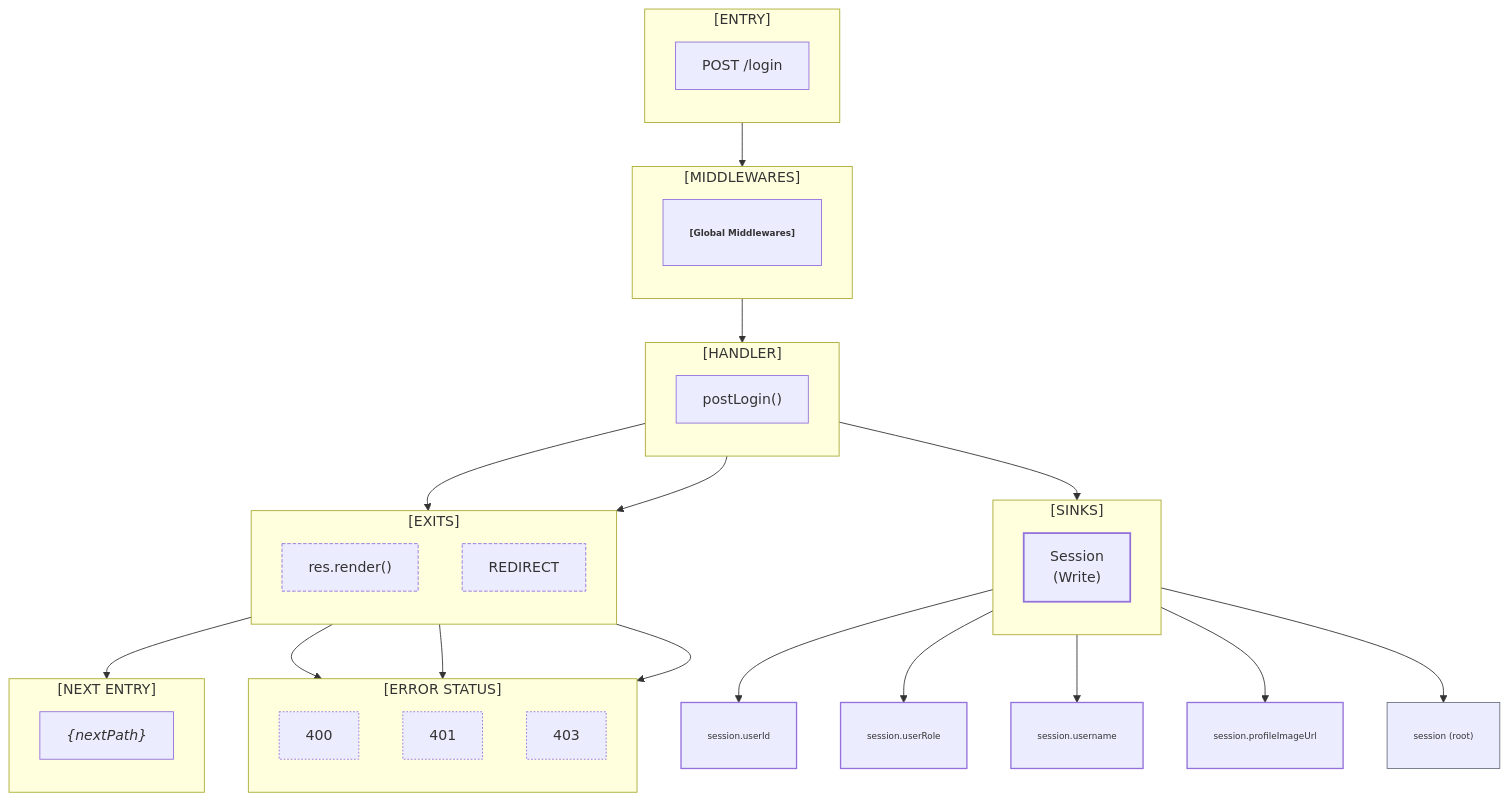
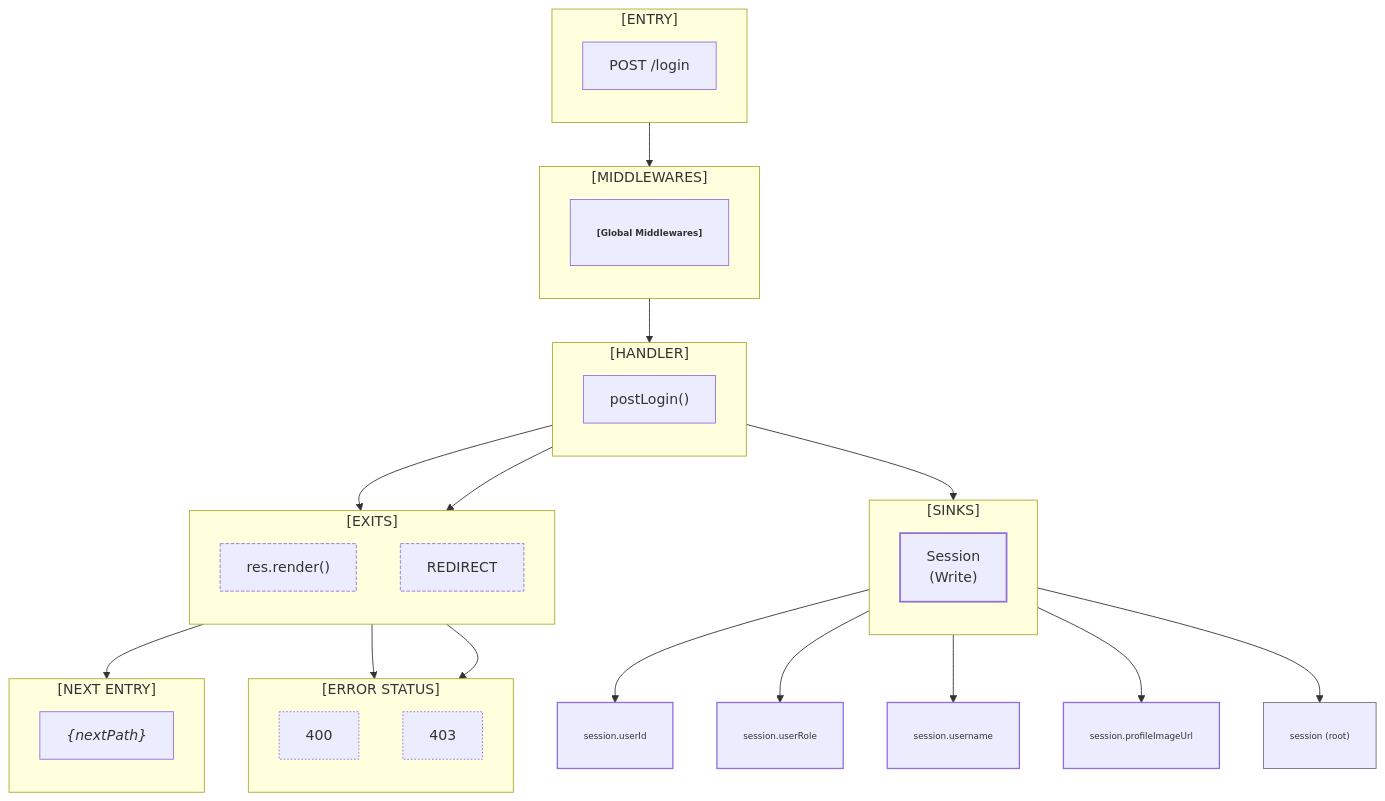
The diagram in docs/flowmap/flows/POST__login.mmd (irondenker/my-code-my-kill), drawn with Mermaid before and after one commit. The commit also changed 14 other files, not shown here.

```diff
--- a/docs/flowmap/flows/POST__login.mmd
+++ b/docs/flowmap/flows/POST__login.mmd
@@ -1,66 +1,64 @@
 flowchart TD
 subgraph ENTRY_BLOCK["[ENTRY]"]
 direction TB
 ENTRY["POST /login"]
 end
 subgraph MIDDLEWARES["[MIDDLEWARES]"]
 direction TB
 MIDDLEWARE1["<b>[Global Middlewares]</b>"]
 end
 ENTRY --> MIDDLEWARE1
 subgraph HANDLER_BLOCK["[HANDLER]"]
 direction TB
 HANDLER["postLogin()"]
 end
 MIDDLEWARE1 --> HANDLER
 subgraph ERROR_STATUS["[ERROR STATUS]"]
 direction TB
 RDIAG1["400"]
-RDIAG2["401"]
-RDIAG3["403"]
+RDIAG2["403"]
 end
 subgraph SINKS["[SINKS]"]
 direction TB
 SINK1["Session<br/>(Write)"]
 end
 HANDLER --> SINK1
 SINK_WRITE_KEY1["session.userId"]
 SINK_WRITE_KEY2["session.userRole"]
 SINK_WRITE_KEY3["session.username"]
 SINK_WRITE_KEY4["session.profileImageUrl"]
 SINK_WRITE_KEY5["session (root)"]
 SINK1 --> SINK_WRITE_KEY1
 SINK1 --> SINK_WRITE_KEY2
 SINK1 --> SINK_WRITE_KEY3
 SINK1 --> SINK_WRITE_KEY4
 SINK1 --> SINK_WRITE_KEY5
 subgraph EXITS["[EXITS]"]
 direction TB
 EXIT1["res.render()"]
 EXIT2["REDIRECT"]
 end
 HANDLER --> EXIT1
 HANDLER --> EXIT2
 EXIT1 --> RDIAG1
 EXIT1 --> RDIAG2
-EXIT1 --> RDIAG3
 subgraph NEXT_ENTRY["[NEXT ENTRY]"]
 direction TB
 NEXT_ENTRY1["<i>{nextPath}</i>"]
 end
 EXIT2 --> NEXT_ENTRY1
 classDef middleware font-size:10px,padding:2px,stroke-width:1;
 classDef diagnostics stroke-dasharray: 2 2;
 classDef sink stroke-width:2;
 classDef sessionKey font-size:10px,padding:2px;
 classDef flash stroke-dasharray: 5 3,stroke-width:1.5;
 classDef auth stroke-dasharray: 0,stroke-width:1.5;
 classDef other stroke:#6b7280;
 classDef exit stroke-dasharray: 4 2;
 class MIDDLEWARE1 middleware;
-class RDIAG1,RDIAG2,RDIAG3 diagnostics;
+class RDIAG1,RDIAG2 diagnostics;
 class SINK1 sink;
 class SINK_WRITE_KEY1,SINK_WRITE_KEY2,SINK_WRITE_KEY3,SINK_WRITE_KEY4,SINK_WRITE_KEY5 sessionKey;
 class SINK_WRITE_KEY1,SINK_WRITE_KEY2,SINK_WRITE_KEY3,SINK_WRITE_KEY4 auth;
 class SINK_WRITE_KEY5 other;
 class EXIT1,EXIT2 exit;
```
